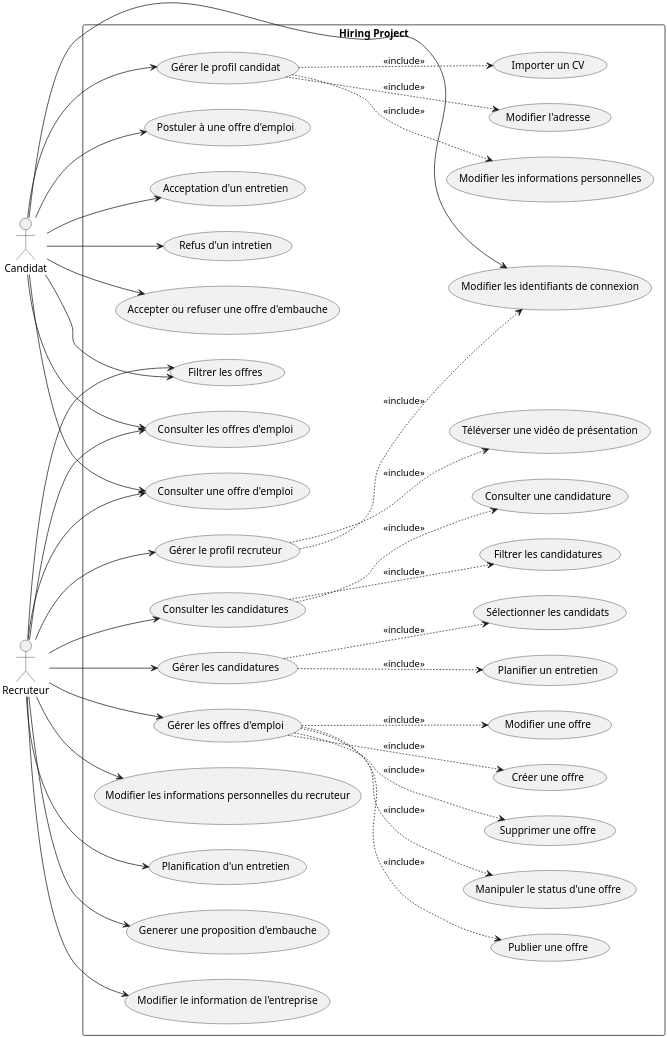
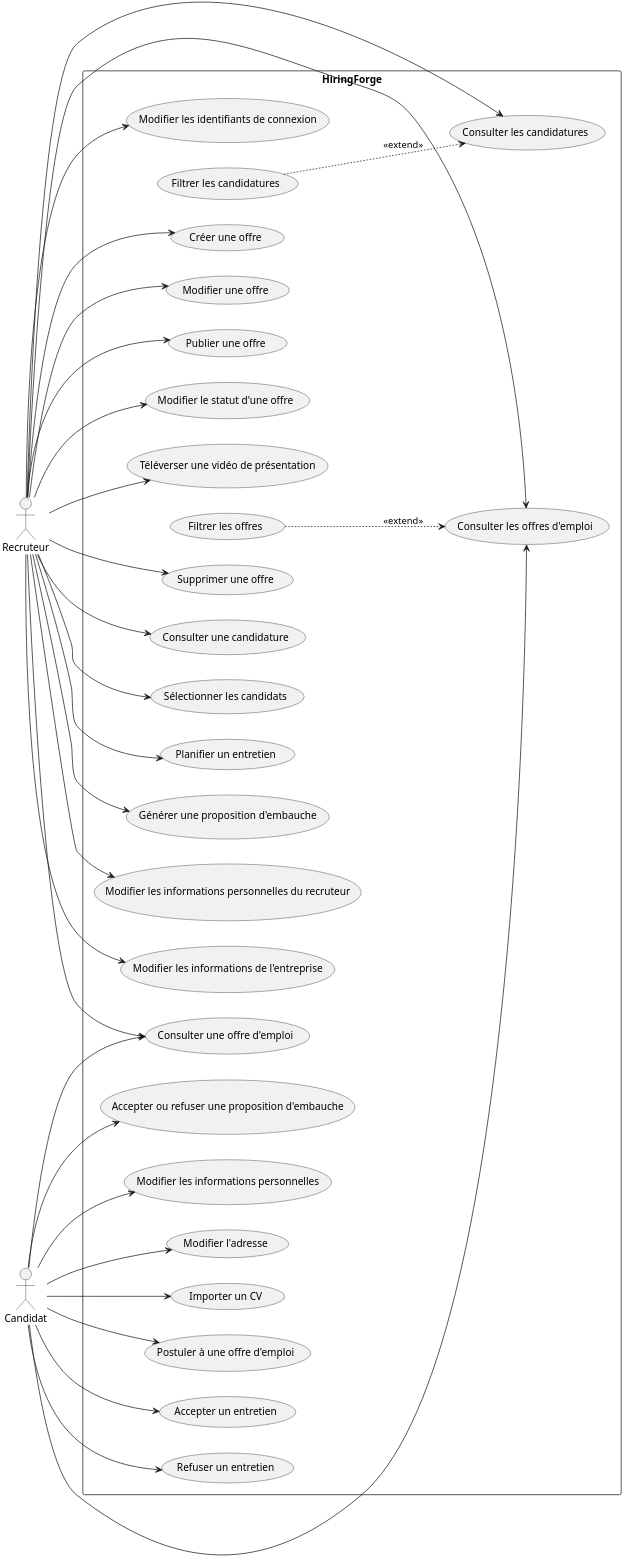
One commit to Spriggan-Team/HiringForge changed the diagram in backend/ressources/modeling/usecase.puml. Above: the diagram before and after it, drawn with PlantUML. The commit also changed 33 other files, not shown here.

Commit message:
fix job offer draft status handling (turn job into draft)

```diff
--- a/backend/ressources/modeling/usecase.puml
+++ b/backend/ressources/modeling/usecase.puml
@@ -1,104 +1,133 @@
 @startuml Usecase
 
 skinparam dpi 300
 left to right direction
 
-actor "Recruteur" as User
+actor "Recruteur" as Recruiter
 actor "Candidat" as Candidate
 
-rectangle "Hiring Project" {
+rectangle "HiringForge" {
 
-    ' Consultation des offres
+    ' ============================================================
+    ' OFFRES D'EMPLOI
+    ' ============================================================
+
     (Consulter les offres d'emploi) as ConsultJobOfferList
     (Consulter une offre d'emploi) as ConsultJobOffer
     (Filtrer les offres) as FilterJobOffer
 
-    ' Profil candidat
-    (Gérer le profil candidat) as ManageCandidateProfile
+    FilterJobOffer ..> ConsultJobOfferList : <<extend>>
+
+
+    ' ============================================================
+    ' PROFIL CANDIDAT
+    ' ============================================================
+
     (Modifier les informations personnelles) as ModifyCandidateInformation
     (Modifier l'adresse) as ModifyCandidateAddress
     (Importer un CV) as ImportCV
 
-    ' Candidature
+
+    ' ============================================================
+    ' CANDIDATURE
+    ' ============================================================
+
     (Postuler à une offre d'emploi) as ApplyJobOffer
 
-    ' Candidatures recruteur
+
+    ' ============================================================
+    ' CANDIDATURES - RECRUTEUR
+    ' ============================================================
+
     (Consulter les candidatures) as ConsultCandidateList
     (Consulter une candidature) as ConsultCandidate
     (Filtrer les candidatures) as FilterCandidate
-    (Gérer les candidatures) as ManageCandidates
+
+    FilterCandidate ..> ConsultCandidateList : <<extend>>
+
     (Sélectionner les candidats) as CandidateSelection
+
+
+    ' ============================================================
+    ' ENTRETIENS
+    ' ============================================================
+
     (Planifier un entretien) as PlanInterview
-    (Generer une proposition d'embauche) as HiredDemand
-    (Accepter ou refuser une offre d'embauche) as HiredDemandResponse
+    (Accepter un entretien) as AcceptInterview
+    (Refuser un entretien) as RejectInterview
 
-    ' Profil recruteur
-    (Gérer le profil recruteur) as ManageUserProfile
+
+    ' ============================================================
+    ' PROPOSITION D'EMBAUCHE
+    ' ============================================================
+
+    (Générer une proposition d'embauche) as GenerateHiringOffer
+    (Accepter ou refuser une proposition d'embauche) as RespondToHiringOffer
+
+
+    ' ============================================================
+    ' PROFIL RECRUTEUR
+    ' ============================================================
+
     (Modifier les informations personnelles du recruteur) as ModifyUserInformation
-    (Modifier le information de l'entreprise) as ChangeCompanyInformation
+    (Modifier les informations de l'entreprise) as ChangeCompanyInformation
     (Modifier les identifiants de connexion) as ChangeAuthCredential
     (Téléverser une vidéo de présentation) as UploadVideo
 
-    ' Gestion des offres
-    (Gérer les offres d'emploi) as ManageJobOffer
+
+    ' ============================================================
+    ' GESTION DES OFFRES
+    ' ============================================================
+
     (Créer une offre) as CreateOffer
     (Modifier une offre) as ModifyOffer
     (Publier une offre) as PublishJobOffer
-    (Manipuler le status d'une offre) as StatusOffer
+    (Modifier le statut d'une offre) as ChangeOfferStatus
     (Supprimer une offre) as DeleteJobOffer
-
-    'Interviews
-    (Planification d'un entretien) as CreateInterviews
-    (Acceptation d'un entretien) as AcceptInterviews
-    (Refus d'un intretien) as RejectInterviews
 }
 
-' --- Candidat ---
+
+' ================================================================
+' CANDIDAT
+' ================================================================
 
 Candidate --> ConsultJobOfferList
 Candidate --> ConsultJobOffer
-Candidate --> FilterJobOffer
+Candidate --> ApplyJobOffer
 
-Candidate --> ManageCandidateProfile
-Candidate -right-> ChangeAuthCredential
-ManageCandidateProfile ..> ModifyCandidateInformation : <<include>>
-ManageCandidateProfile ..> ModifyCandidateAddress : <<include>>
-ManageCandidateProfile ..> ImportCV : <<include>>
+Candidate --> ModifyCandidateInformation
+Candidate --> ModifyCandidateAddress
+Candidate --> ImportCV
 
-Candidate --> ApplyJobOffer
-Candidate -> AcceptInterviews
-Candidate -> RejectInterviews
+Candidate --> AcceptInterview
+Candidate --> RejectInterview
 
-Candidate -> HiredDemandResponse
+Candidate --> RespondToHiringOffer
 
-' --- Recruteur ---
 
-User --> ConsultJobOfferList
-User --> ConsultJobOffer
-User --> FilterJobOffer
+' ================================================================
+' RECRUTEUR
+' ================================================================
 
-User --> ConsultCandidateList
-ConsultCandidateList ..> ConsultCandidate : <<include>>
-ConsultCandidateList ..> FilterCandidate : <<include>>
+Recruiter --> ConsultJobOfferList
+Recruiter --> ConsultJobOffer
 
-User --> ManageCandidates
-ManageCandidates ..> CandidateSelection : <<include>>
-ManageCandidates ..> PlanInterview : <<include>>
+Recruiter --> ConsultCandidateList
+Recruiter --> ConsultCandidate
+Recruiter --> CandidateSelection
 
-User --> ManageUserProfile
-User -> ModifyUserInformation
-ManageUserProfile ..> ChangeAuthCredential : <<include>>
-ManageUserProfile ..> UploadVideo : <<include>>
+Recruiter --> PlanInterview
+Recruiter --> GenerateHiringOffer
 
-User --> ManageJobOffer
-ManageJobOffer ..> CreateOffer : <<include>>
-ManageJobOffer ..> ModifyOffer : <<include>>
-ManageJobOffer ..> PublishJobOffer : <<include>>
-ManageJobOffer ..> StatusOffer : <<include>>
-ManageJobOffer ..> DeleteJobOffer : <<include>>
+Recruiter --> ModifyUserInformation
+Recruiter --> ChangeCompanyInformation
+Recruiter --> ChangeAuthCredential
+Recruiter --> UploadVideo
 
-User ->CreateInterviews
-User -> HiredDemand
-User -right-> ChangeCompanyInformation 
+Recruiter --> CreateOffer
+Recruiter --> ModifyOffer
+Recruiter --> PublishJobOffer
+Recruiter --> ChangeOfferStatus
+Recruiter --> DeleteJobOffer
 
 @enduml
```
